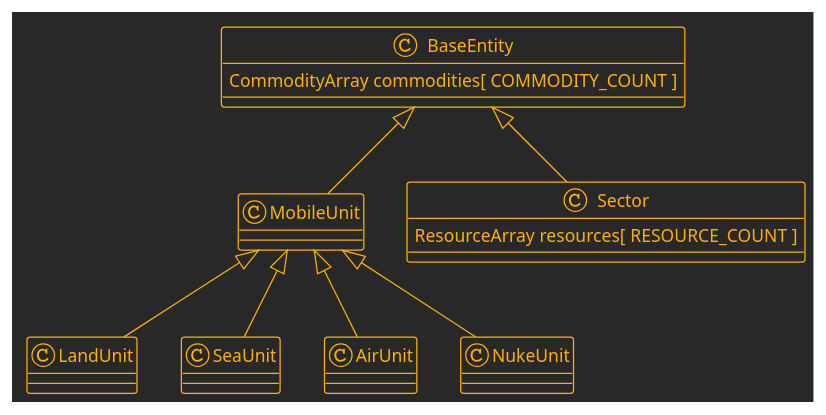
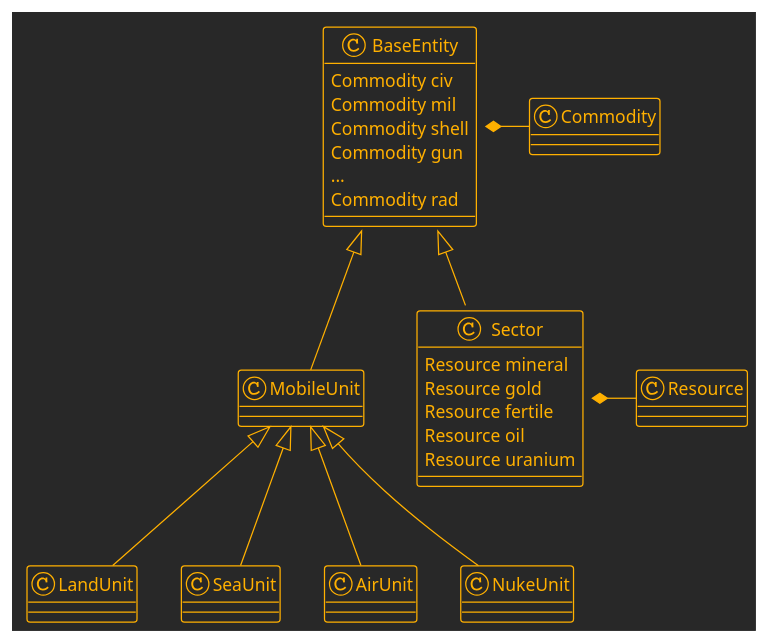
One commit to marknelsonengineer/empire changed the fifth of 10 diagrams in DESIGN_CONCEPTS.md. Above: the diagram before and after it, drawn with PlantUML. The commit also changed other lines of this file and 6 other files, not shown here.

```diff
--- a/DESIGN_CONCEPTS.md
+++ b/DESIGN_CONCEPTS.md
@@ -175,24 +189,40 @@
 @startuml
 !theme crt-amber
 
 class Sector {
-   ResourceArray resources[ RESOURCE_COUNT ]
+  Resource mineral
+  Resource gold
+  Resource fertile
+  Resource oil
+  Resource uranium
 }
+
+class Resource
+
 class BaseEntity {
-   CommodityArray commodities[ COMMODITY_COUNT ]
+  Commodity civ
+  Commodity mil
+  Commodity shell
+  Commodity gun
+  ...
+  Commodity rad
 }
+
+class Commodity
 
 class MobileUnit
 class LandUnit
 class SeaUnit
 class AirUnit
 class NukeUnit
 
 Sector      -up-|> BaseEntity
+Resource    -left-* Sector::resources
 MobileUnit  -up-|> BaseEntity
+Commodity   -left-*  BaseEntity::commodities
 LandUnit    -up-|> MobileUnit
 SeaUnit     -up-|> MobileUnit
 AirUnit     -up-|> MobileUnit
 NukeUnit    -up-|> MobileUnit
 
 @enduml
```
